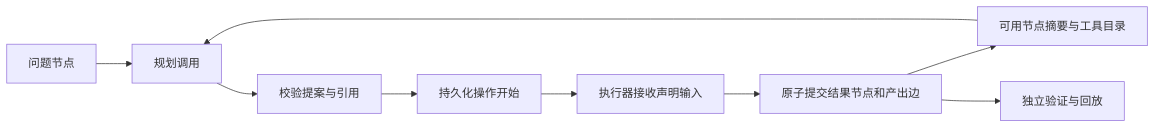
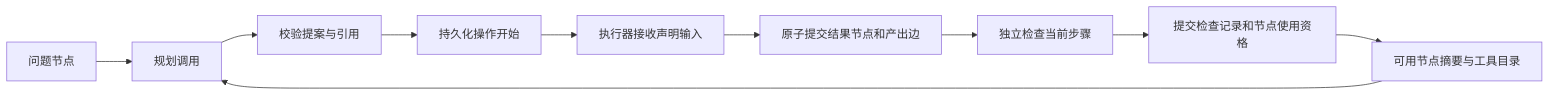
The diagram in docs/architecture.md (xjw2003/RRM), drawn with Mermaid before and after one commit. The commit also changed other lines of this file and 27 other files, not shown here.

````diff
--- a/docs/architecture.md
+++ b/docs/architecture.md
@@ -3,11 +3,12 @@
 ```mermaid
 flowchart LR
     Q[问题节点] --> P[规划调用]
     S[可用节点摘要与工具目录] --> P
     P --> V[校验提案与引用]
     V --> O[持久化操作开始]
     O --> E[执行器接收声明输入]
     E --> C[原子提交结果节点和产出边]
-    C --> S
-    C --> H[独立验证与回放]
+    C --> H[独立检查当前步骤]
+    H --> U[提交检查记录和节点使用资格]
+    U --> S
 ```
````
